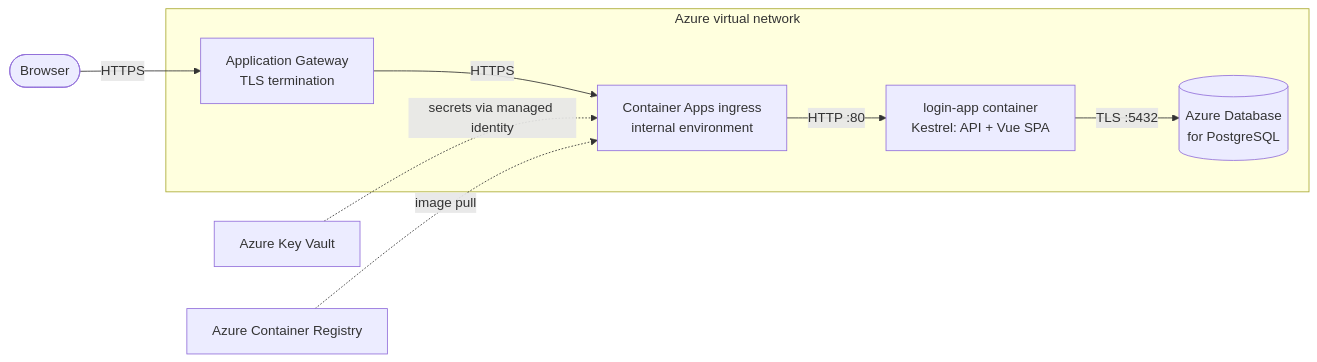
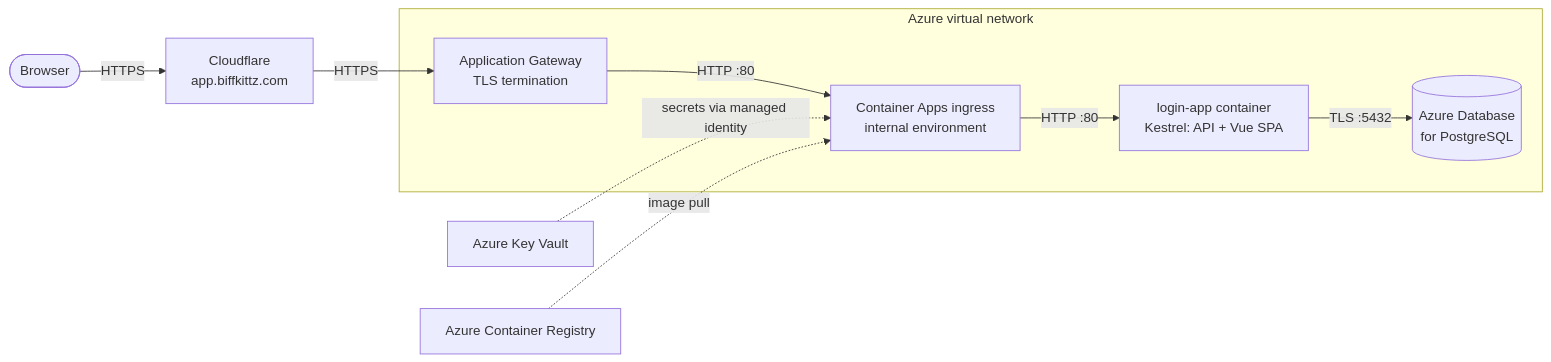
Before and after one commit to biffkittz/login-app: the diagram in README.md, drawn with Mermaid. The commit also changed other lines of this file and 60 other files, not shown here.

````diff
--- a/README.md
+++ b/README.md
@@ -13,11 +13,12 @@
 ```mermaid
 flowchart LR
-  user([Browser]) -->|HTTPS| agw[Application Gateway<br/>TLS termination]
+  user([Browser]) -->|HTTPS| cf[Cloudflare<br/>app.biffkittz.com]
+  cf -->|HTTPS| agw[Application Gateway<br/>TLS termination]
   subgraph vnet[Azure virtual network]
-    agw -->|HTTPS| ingress[Container Apps ingress<br/>internal environment]
+    agw -->|HTTP :80| ingress[Container Apps ingress<br/>internal environment]
     ingress -->|HTTP :80| app[login-app container<br/>Kestrel: API + Vue SPA]
     app -->|TLS :5432| pg[(Azure Database<br/>for PostgreSQL)]
   end
   kv[Azure Key Vault] -.->|secrets via managed identity| ingress
   acr[Azure Container Registry] -.->|image pull| ingress
 ```
````
